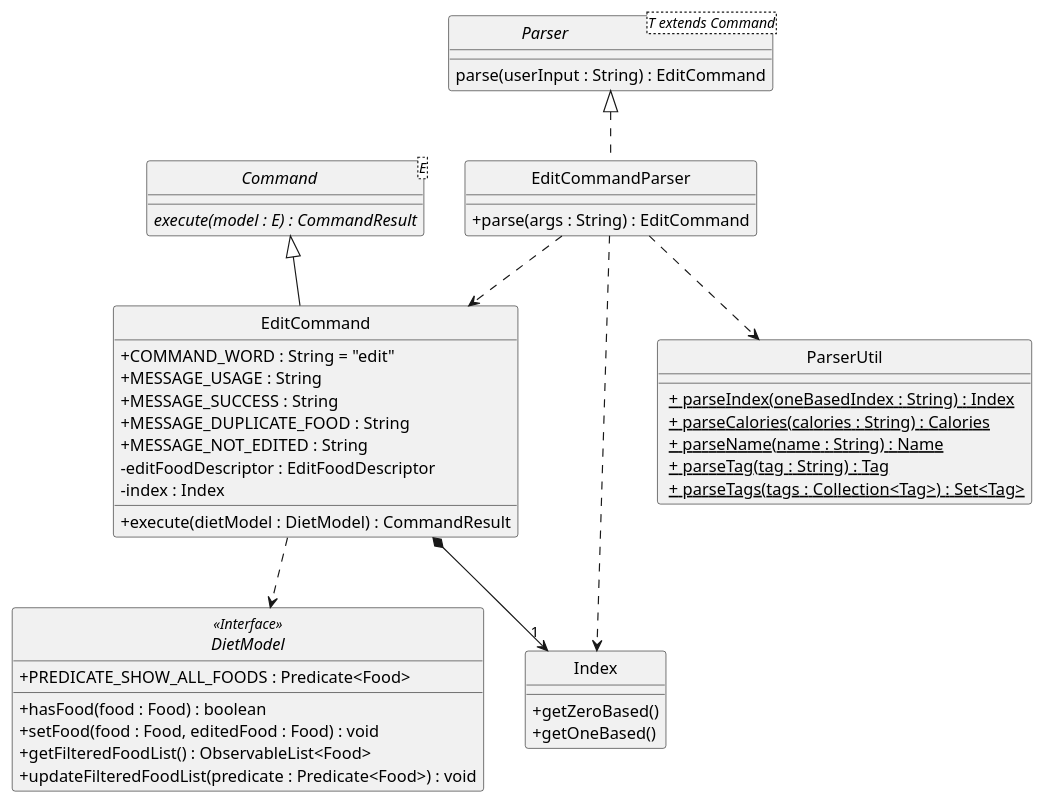
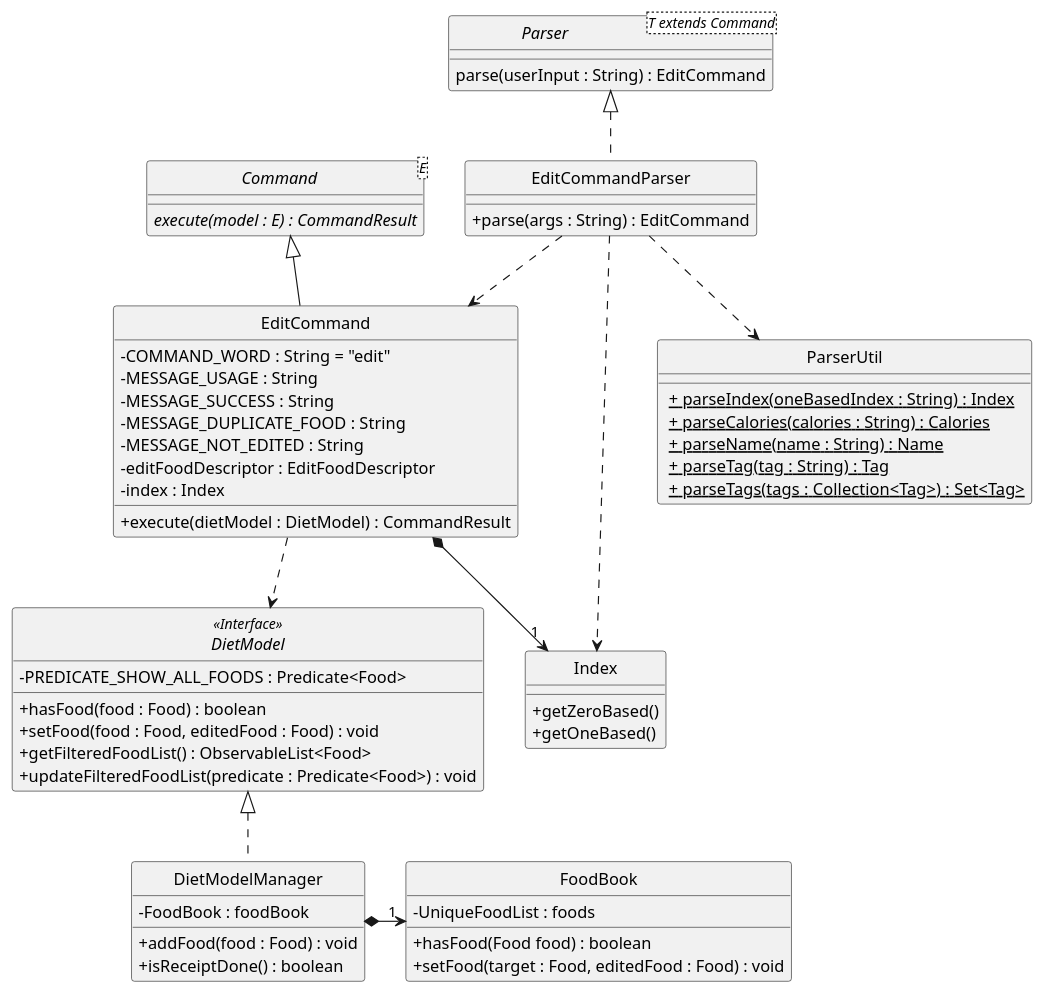
The diagram in docs/diagrams/DietTrackerEditCommandClassDiagram.puml (nus-cs2103-AY1920S2/addressbook-level3), drawn with PlantUML before and after one commit. The commit also changed 7 other files, not shown here.

Commit message:
Update class diagrams

```diff
--- a/docs/diagrams/DietTrackerEditCommandClassDiagram.puml
+++ b/docs/diagrams/DietTrackerEditCommandClassDiagram.puml
@@ -1,68 +1,87 @@
 @startuml
 /' @author @akhilvuputuri'/
 /' Got inspiration and adapted
 from https://github.com/AY1920S2-CS2103T-W12-1/main/blob/master/docs/images/DeliveredClassDiagram.png '/
 
 skinparam backgroundColor #ffffff
 skinparam classAttributeIconSize 0
 hide circle
 
 
 class EditCommandParser implements Parser {
     /' Methods '/
     + parse(args : String) : EditCommand
 }
 
 interface Parser<T extends Command> {
     parse(userInput : String) : EditCommand
 }
 
 abstract class Command<E> {
     {abstract} execute(model : E) : CommandResult
 }
 
 class EditCommand extends Command {
     /' Fields '/
-    + COMMAND_WORD : String = "edit"
-    + MESSAGE_USAGE : String
-    + MESSAGE_SUCCESS : String
-    + MESSAGE_DUPLICATE_FOOD : String
-    + MESSAGE_NOT_EDITED : String
+    - COMMAND_WORD : String = "edit"
+    - MESSAGE_USAGE : String
+    - MESSAGE_SUCCESS : String
+    - MESSAGE_DUPLICATE_FOOD : String
+    - MESSAGE_NOT_EDITED : String
     - editFoodDescriptor : EditFoodDescriptor
     - index : Index
 
     /' Methods '/
     + execute(dietModel : DietModel) : CommandResult
 
 }
 
 interface DietModel <<Interface>> {
-    + PREDICATE_SHOW_ALL_FOODS : Predicate<Food>
+    - PREDICATE_SHOW_ALL_FOODS : Predicate<Food>
 
     + hasFood(food : Food) : boolean
     + setFood(food : Food, editedFood : Food) : void
     + getFilteredFoodList() : ObservableList<Food>
     + updateFilteredFoodList(predicate : Predicate<Food>) : void
 }
 
 class Index {
     + getZeroBased()
     + getOneBased()
 }
 
 class ParserUtil {
     <u> + parseIndex(oneBasedIndex : String) : Index
     <u> + parseCalories(calories : String) : Calories
     <u> + parseName(name : String) : Name
     <u> + parseTag(tag : String) : Tag
     <u> + parseTags(tags : Collection<Tag>) : Set<Tag>
 }
 
+class DietModelManager implements DietModel {
+    /' Fields '/
+    - FoodBook : foodBook
+
+    /' Methods '/
+    + addFood(food : Food) : void
+    + isReceiptDone() : boolean
+}
+
+class FoodBook {
+    /' Fields '/
+    - UniqueFoodList : foods
+
+    /' Methods '/
+    + hasFood(Food food) : boolean
+    + setFood(target : Food, editedFood : Food) : void
+}
+
 
 EditCommandParser ..> EditCommand
 EditCommandParser ..> ParserUtil
 EditCommand ..> DietModel
 EditCommandParser ..> Index
 EditCommand *--> "1" Index
+DietModelManager *-right->"1" FoodBook
 
 @enduml
```
